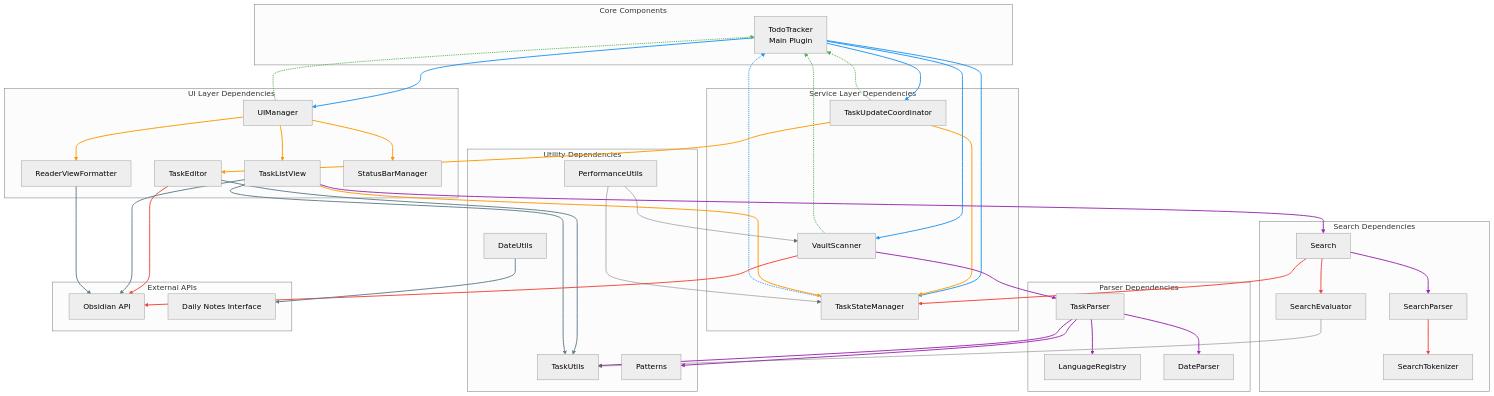
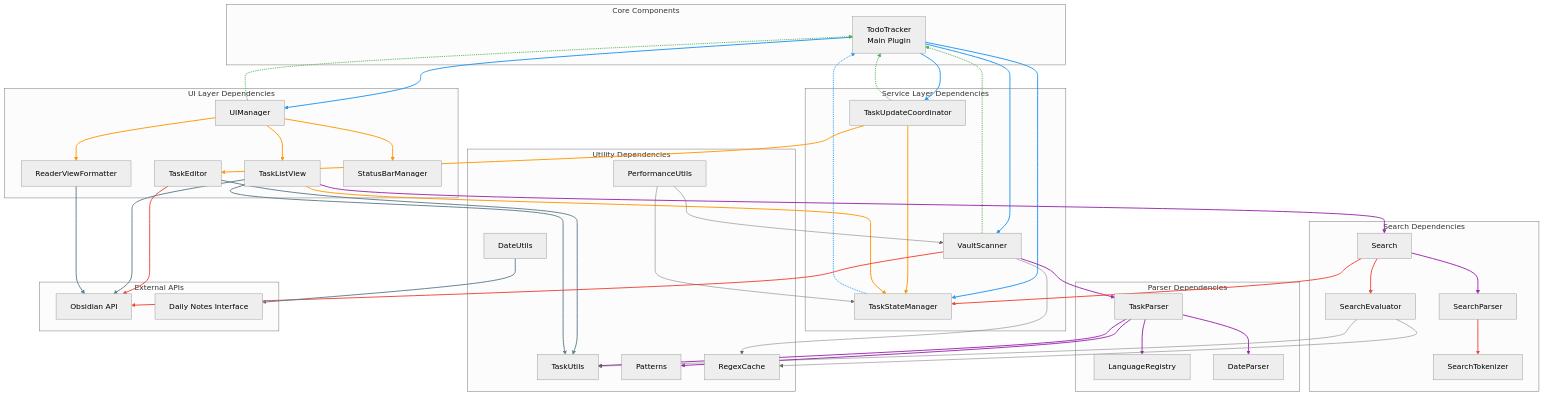
Before and after one commit to scross01/obsidian-todoseq: the second of 4 diagrams in ARCHITECTURE.md, drawn with Mermaid (neutral theme). The commit also changed other lines of this file and 4 other files, not shown here.

Commit message:
add compiled regex cache

```diff
--- a/ARCHITECTURE.md
+++ b/ARCHITECTURE.md
@@ -222,6 +223,7 @@
         DateUtils[DateUtils]
         Performance[PerformanceUtils]
         Patterns[Patterns]
+        RegexCache[RegexCache]
     end
 
     subgraph "External APIs"
@@ -276,6 +278,10 @@
     Performance --> StateManager
     Performance --> VaultScanner
 
+    %% RegexCache dependencies
+    VaultScanner --> RegexCache
+    SearchEvaluator --> RegexCache
+
     %% Styling for dependency direction
     linkStyle 0,1,2,3,4 stroke:#2196f3,stroke-width:2px
     linkStyle 5,6,7 stroke:#4caf50,stroke-width:2px
```
